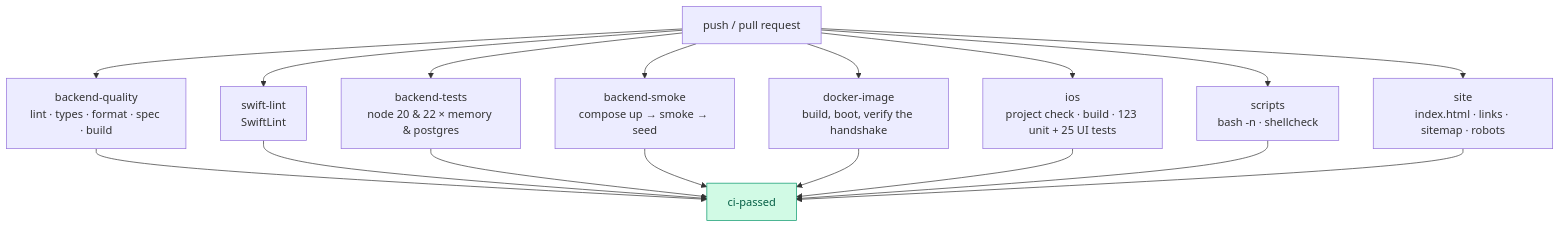
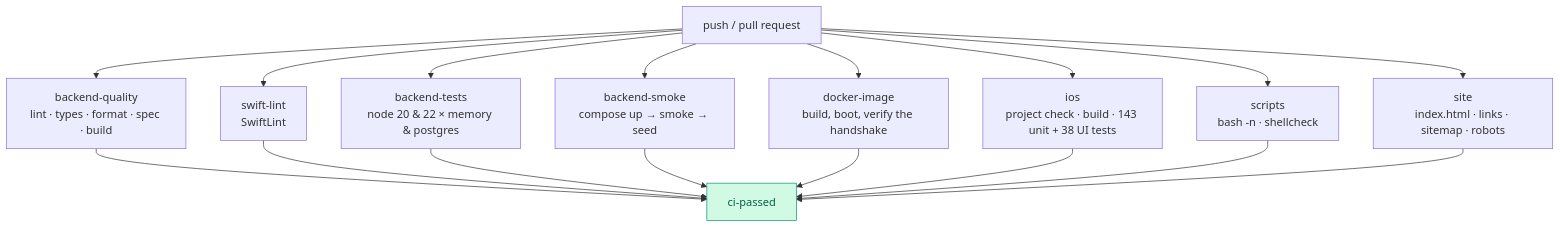
The first of 2 diagrams in docs/CI-CD.md (hoangsonww/Flappy-Bird-Game), drawn with Mermaid before and after one commit. The commit also changed other lines of this file and 19 other files, not shown here.

````diff
--- a/docs/CI-CD.md
+++ b/docs/CI-CD.md
@@ -14,24 +14,24 @@
 ```mermaid
 flowchart TB
     Push["push / pull request"]
 
     Push --> BQ["backend-quality<br/>lint · types · format · spec · build"]
     Push --> BT["backend-tests<br/>node 20 & 22 × memory & postgres"]
     Push --> BS["backend-smoke<br/>compose up → smoke → seed"]
     Push --> DI["docker-image<br/>build, boot, verify the handshake"]
-    Push --> IOS["ios<br/>project check · build · 123 unit + 25 UI tests"]
+    Push --> IOS["ios<br/>project check · build · 143 unit + 38 UI tests"]
     Push --> SL["swift-lint<br/>SwiftLint"]
     Push --> SC["scripts<br/>bash -n · shellcheck"]
     Push --> ST["site<br/>index.html · links · sitemap · robots"]
 
     BQ --> Gate["ci-passed"]
     SL --> Gate
     BT --> Gate
     BS --> Gate
     DI --> Gate
     IOS --> Gate
     SC --> Gate
     ST --> Gate
 
     style Gate fill:#d1fae5,stroke:#059669,color:#065f46
 ```
````
